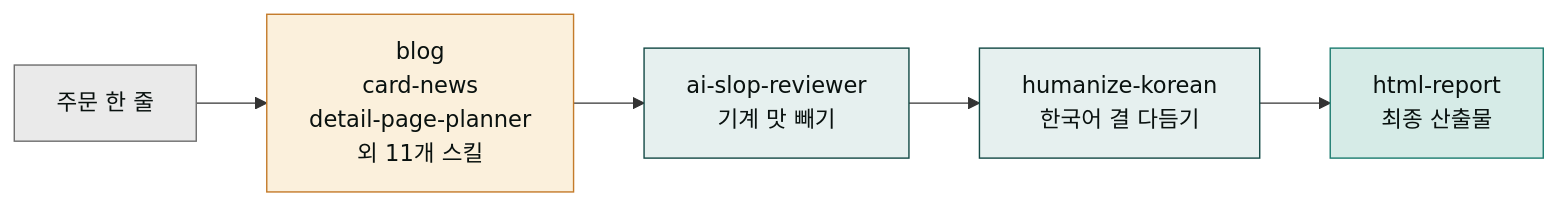
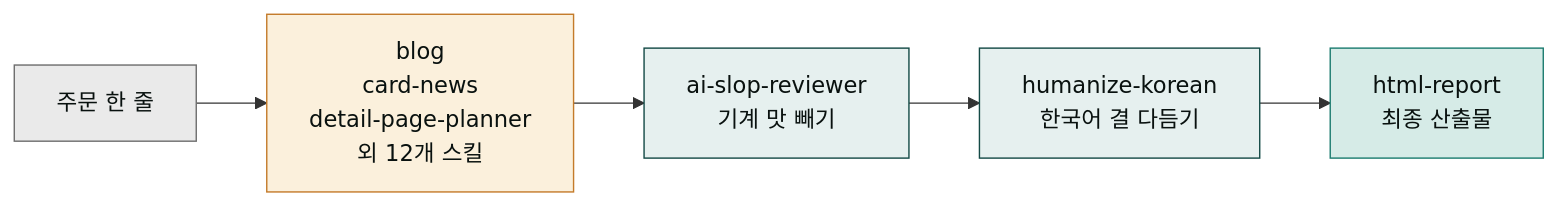
The second of 6 diagrams in content/plugins/moai-content.md (modu-ai/claude), drawn with Mermaid before and after one commit. The commit also changed other lines of this file and 43 other files, not shown here.

````diff
--- a/content/plugins/moai-content.md
+++ b/content/plugins/moai-content.md
@@ -35,12 +35,12 @@
 ```mermaid
 flowchart LR
-    U["주문 한 줄"] --> S1["blog<br/>card-news<br/>detail-page-planner<br/>외 11개 스킬"]
+    U["주문 한 줄"] --> S1["blog<br/>card-news<br/>detail-page-planner<br/>외 12개 스킬"]
     S1 --> S2["ai-slop-reviewer<br/>기계 맛 빼기"]
     S2 --> S3["humanize-korean<br/>한국어 결 다듬기"]
     S3 --> S4["html-report<br/>최종 산출물"]
     style U fill:#eaeaea,stroke:#6e6e6e,color:#09110f
     style S1 fill:#fbf0dc,stroke:#c47b2a,color:#09110f
     style S2 fill:#e6f0ef,stroke:#144a46,color:#09110f
     style S3 fill:#e6f0ef,stroke:#144a46,color:#09110f
     style S4 fill:#d6ebe7,stroke:#1c7c70,color:#09110f
 ```
````
